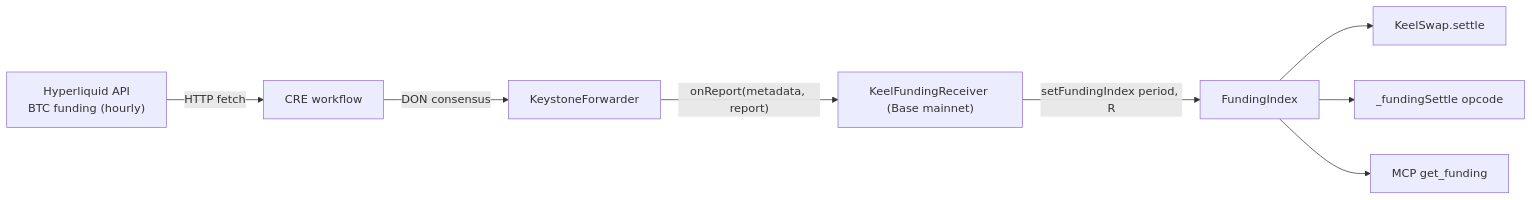
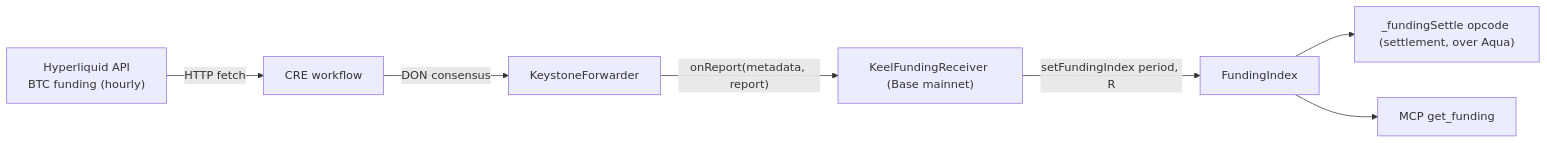
The third of 4 diagrams in docs/bounty-integrations.md (0xYudhishthra/TenorFi), drawn with Mermaid before and after one commit. The commit also changed other lines of this file and 8 other files, not shown here.

First line of the commit message:
refactor(contracts): Aqua-only settlement — remove custodial KeelSwap

````diff
--- a/docs/bounty-integrations.md
+++ b/docs/bounty-integrations.md
@@ -94,10 +94,9 @@
 ```mermaid
 flowchart LR
     HL["Hyperliquid API<br/>BTC funding (hourly)"] -->|HTTP fetch| CRE["CRE workflow"]
     CRE -->|DON consensus| FWD["KeystoneForwarder"]
     FWD -->|"onReport(metadata, report)"| RECV["KeelFundingReceiver (Base mainnet)"]
     RECV -->|setFundingIndex period, R| IDX["FundingIndex"]
-    IDX --> K["KeelSwap.settle"]
-    IDX --> O["_fundingSettle opcode"]
+    IDX --> O["_fundingSettle opcode (settlement, over Aqua)"]
     IDX --> M["MCP get_funding"]
 ```
````
